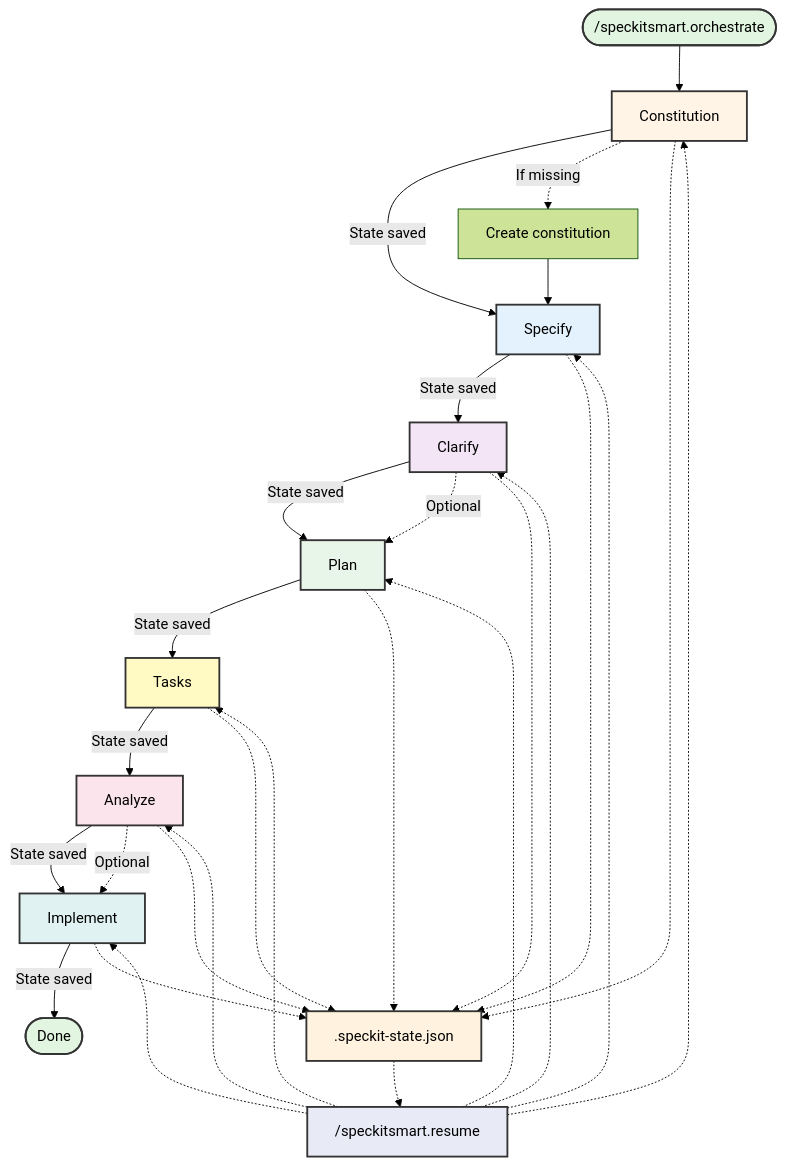
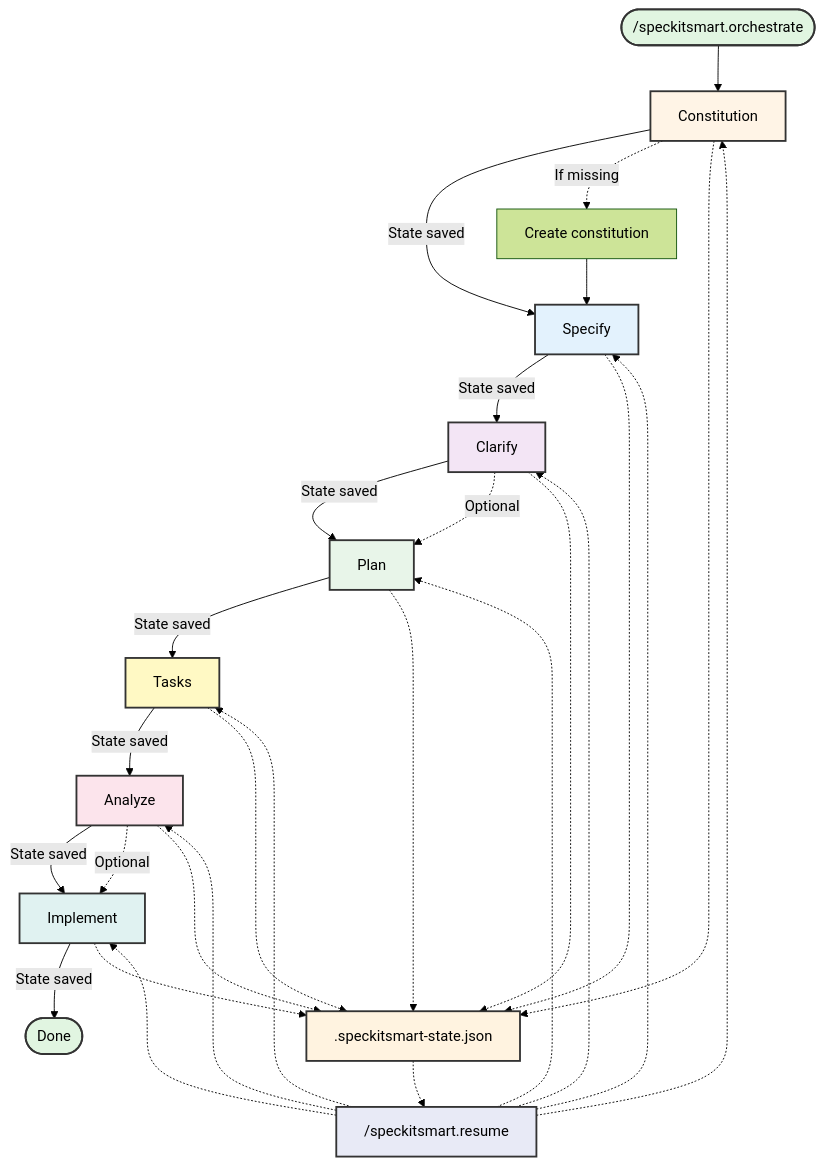
One commit to veerabhadra-ponna/spec-kit-smart changed the fifth of 6 diagrams in README.md. Above: the diagram before and after it, drawn with Mermaid (forest theme). The commit also changed other lines of this file and 9 other files, not shown here.

````diff
--- a/README.md
+++ b/README.md
@@ -1021,47 +1021,47 @@
 ```mermaid
 flowchart TD
     Start([/speckitsmart.orchestrate]) --> Constitution
     Constitution[Constitution] -->|State saved| Specify
     Constitution -.->|If missing| CreateConst[Create constitution]
     CreateConst --> Specify
     Specify[Specify] -->|State saved| Clarify
     Clarify[Clarify] -->|State saved| Plan
     Clarify -.->|Optional| Plan
     Plan[Plan] -->|State saved| Tasks
     Tasks[Tasks] -->|State saved| Analyze
     Analyze[Analyze] -->|State saved| Implement
     Analyze -.->|Optional| Implement
     Implement[Implement] -->|State saved| Done
     Done([Done])
 
-    State[.speckit-state.json]
+    State[.speckitsmart-state.json]
     Constitution -.-> State
     Specify -.-> State
     Clarify -.-> State
     Plan -.-> State
     Tasks -.-> State
     Analyze -.-> State
     Implement -.-> State
 
     State -.-> Resume
     Resume["/speckitsmart.resume"]
     Resume -.-> Constitution
     Resume -.-> Specify
     Resume -.-> Clarify
     Resume -.-> Plan
     Resume -.-> Tasks
     Resume -.-> Analyze
     Resume -.-> Implement
 
     style Start fill:#e1f5e1,stroke:#333,stroke-width:2px
     style Done fill:#e1f5e1,stroke:#333,stroke-width:2px
     style Constitution fill:#fff4e6,stroke:#333,stroke-width:2px
     style Specify fill:#e3f2fd,stroke:#333,stroke-width:2px
     style Clarify fill:#f3e5f5,stroke:#333,stroke-width:2px
     style Plan fill:#e8f5e9,stroke:#333,stroke-width:2px
     style Tasks fill:#fff9c4,stroke:#333,stroke-width:2px
     style Analyze fill:#fce4ec,stroke:#333,stroke-width:2px
     style Implement fill:#e0f2f1,stroke:#333,stroke-width:2px
     style State fill:#fff3e0,stroke:#333,stroke-width:2px
     style Resume fill:#e8eaf6,stroke:#333,stroke-width:2px
 ```
````
